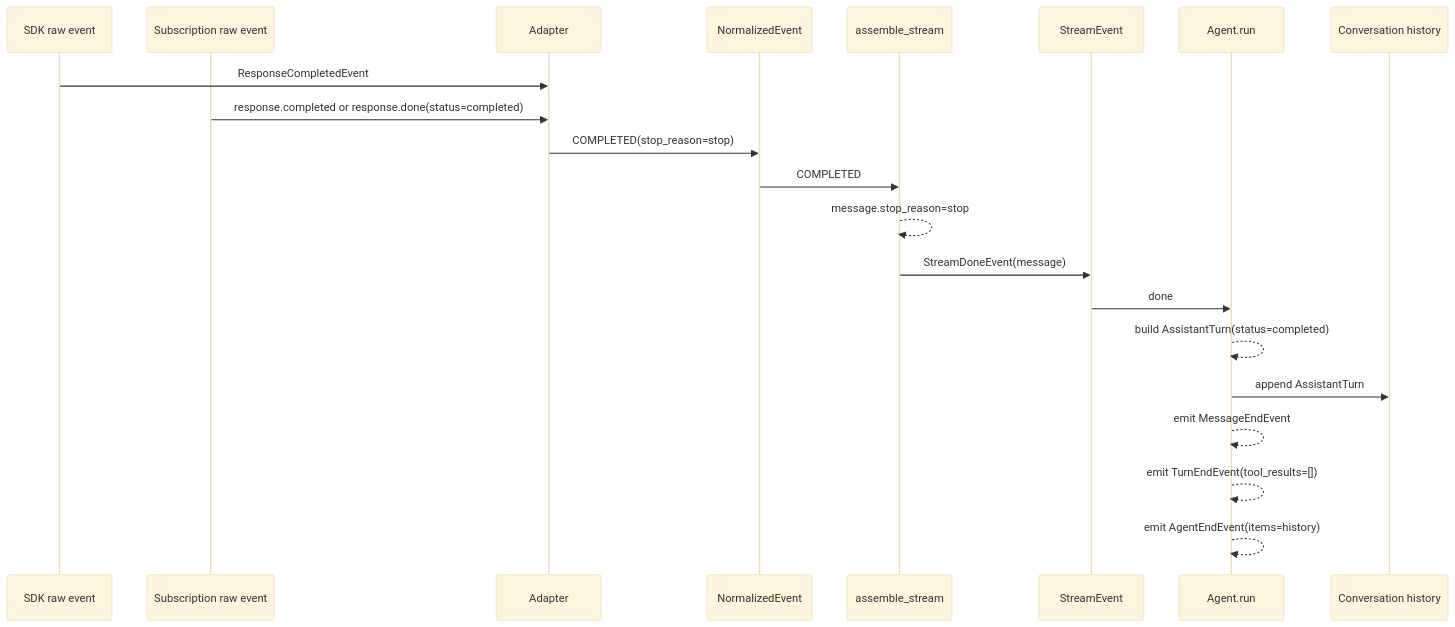
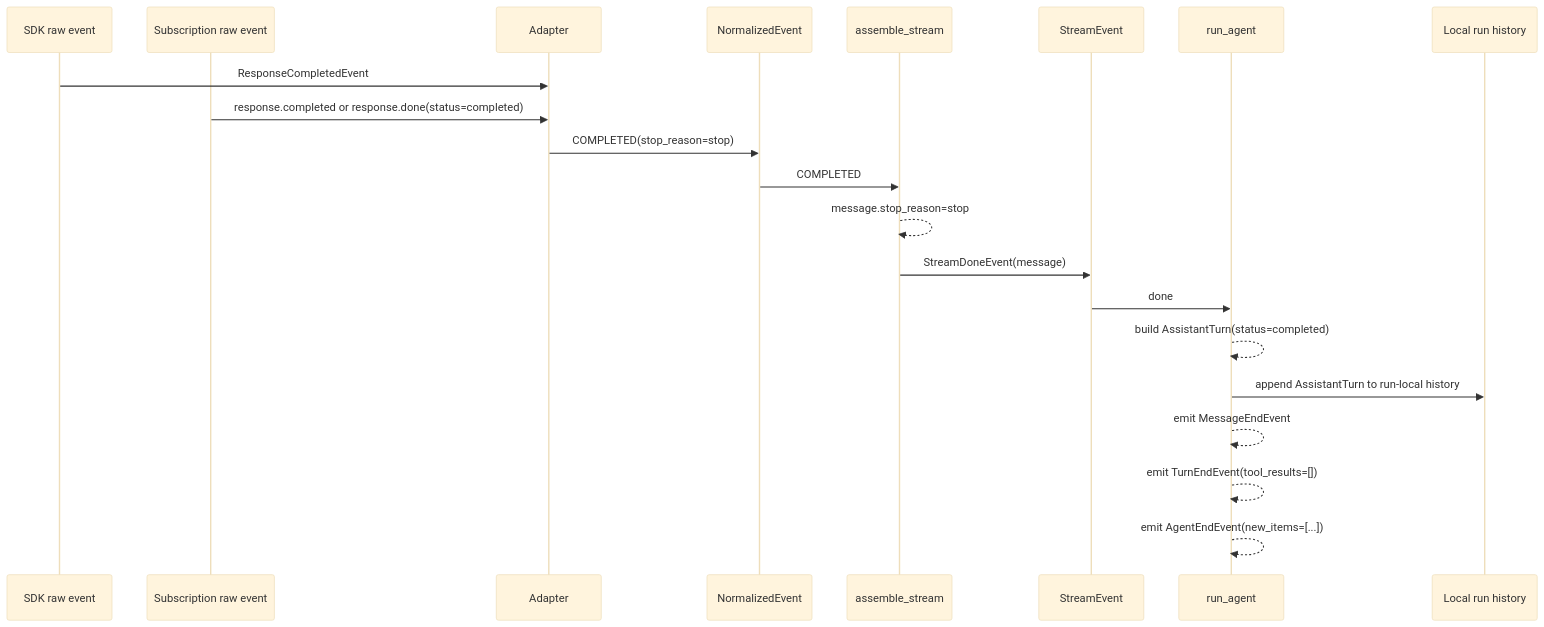
Before and after one commit to muneebshahid/tile: the sixth of 8 diagrams in docs/openai-stream-event-lifecycle.md, drawn with Mermaid (base theme). The commit also changed other lines of this file and 5 other files, not shown here.

````diff
--- a/docs/openai-stream-event-lifecycle.md
+++ b/docs/openai-stream-event-lifecycle.md
@@ -223,24 +223,24 @@
 ```mermaid
 sequenceDiagram
     participant SDK as SDK raw event
     participant Sub as Subscription raw event
     participant Adapter as Adapter
     participant Norm as NormalizedEvent
     participant Asm as assemble_stream
     participant Stream as StreamEvent
-    participant Agent as Agent.run
-    participant Hist as Conversation history
+    participant Agent as run_agent
+    participant Hist as Local run history
 
     SDK->>Adapter: ResponseCompletedEvent
     Sub->>Adapter: response.completed or response.done(status=completed)
     Adapter->>Norm: COMPLETED(stop_reason=stop)
     Norm->>Asm: COMPLETED
     Asm-->>Asm: message.stop_reason=stop
     Asm->>Stream: StreamDoneEvent(message)
     Stream->>Agent: done
     Agent-->>Agent: build AssistantTurn(status=completed)
-    Agent->>Hist: append AssistantTurn
+    Agent->>Hist: append AssistantTurn to run-local history
     Agent-->>Agent: emit MessageEndEvent
     Agent-->>Agent: emit TurnEndEvent(tool_results=[])
-    Agent-->>Agent: emit AgentEndEvent(items=history)
+    Agent-->>Agent: emit AgentEndEvent(new_items=[...])
 ```
````
